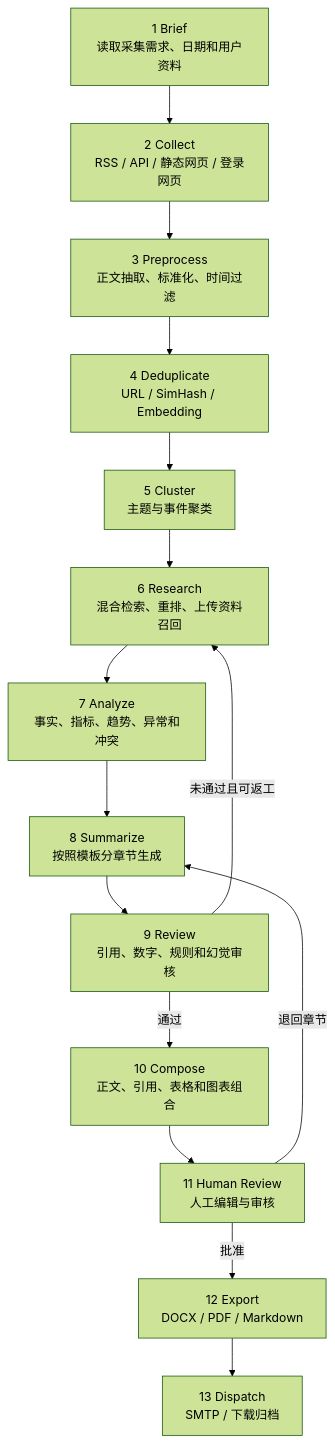
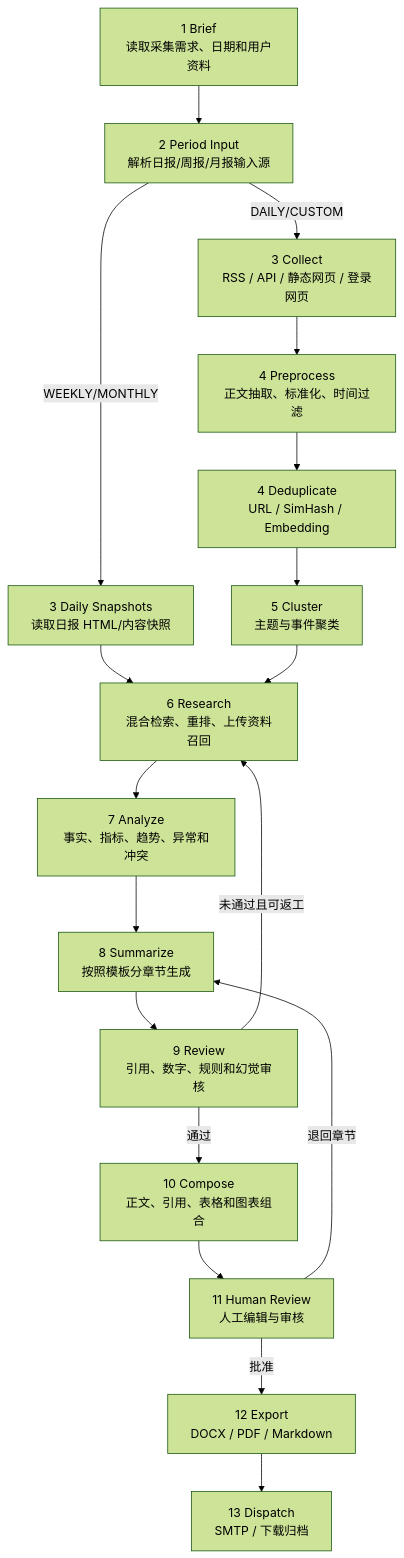
One commit to 1513057431tom-cpu/aipaqu changed the diagram in docs/05-workflow-engine.md. Above: the diagram before and after it, drawn with Mermaid (forest theme). The commit also changed other lines of this file and 8 other files, not shown here.

````diff
--- a/docs/05-workflow-engine.md
+++ b/docs/05-workflow-engine.md
@@ -18,23 +18,28 @@
 ```mermaid
 flowchart TD
     B["1 Brief\n读取采集需求、日期和用户资料"]
-    C["2 Collect\nRSS / API / 静态网页 / 登录网页"]
-    P["3 Preprocess\n正文抽取、标准化、时间过滤"]
+    G["2 Period Input\n解析日报/周报/月报输入源"]
+    C["3 Collect\nRSS / API / 静态网页 / 登录网页"]
+    DS["3 Daily Snapshots\n读取日报 HTML/内容快照"]
+    P["4 Preprocess\n正文抽取、标准化、时间过滤"]
     D["4 Deduplicate\nURL / SimHash / Embedding"]
     CL["5 Cluster\n主题与事件聚类"]
     R["6 Research\n混合检索、重排、上传资料召回"]
     A["7 Analyze\n事实、指标、趋势、异常和冲突"]
     S["8 Summarize\n按照模板分章节生成"]
     V["9 Review\n引用、数字、规则和幻觉审核"]
     CO["10 Compose\n正文、引用、表格和图表组合"]
     H["11 Human Review\n人工编辑与审核"]
     E["12 Export\nDOCX / PDF / Markdown"]
     DI["13 Dispatch\nSMTP / 下载归档"]
 
-    B --> C --> P --> D --> CL --> R --> A --> S --> V
+    B --> G
+    G -->|DAILY/CUSTOM| C --> P
+    G -->|WEEKLY/MONTHLY| DS --> R
+    P --> D --> CL --> R --> A --> S --> V
     V -->|通过| CO
     V -->|未通过且可返工| R
     CO --> H
     H -->|批准| E --> DI
     H -->|退回章节| S
 ```
````
